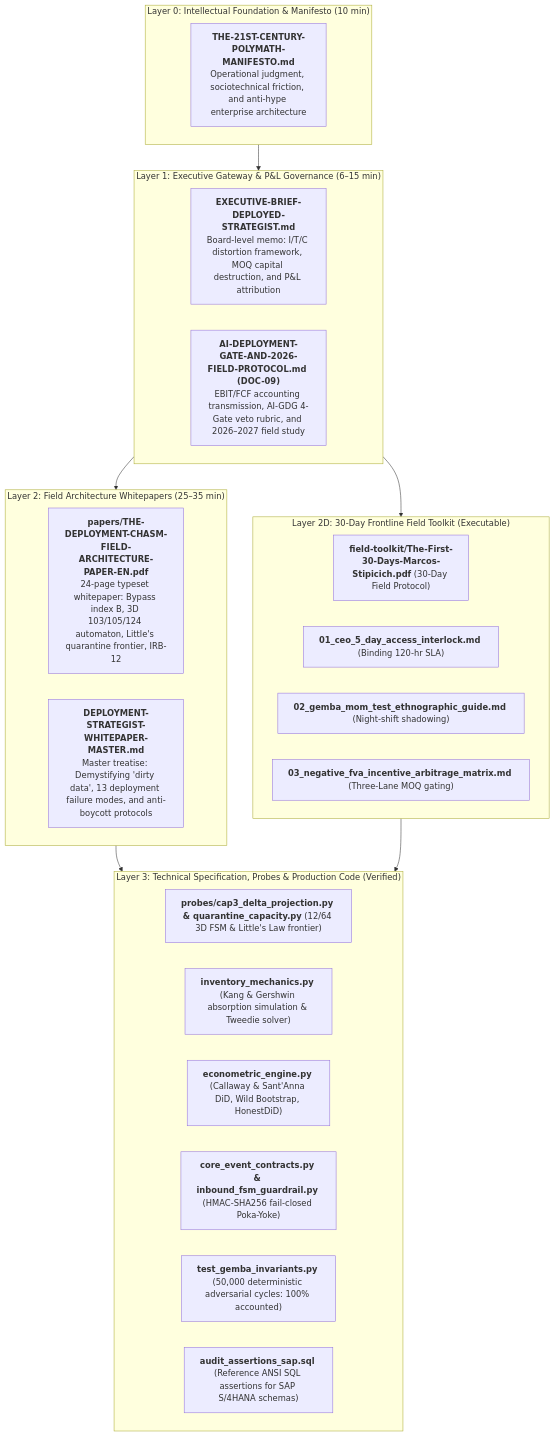
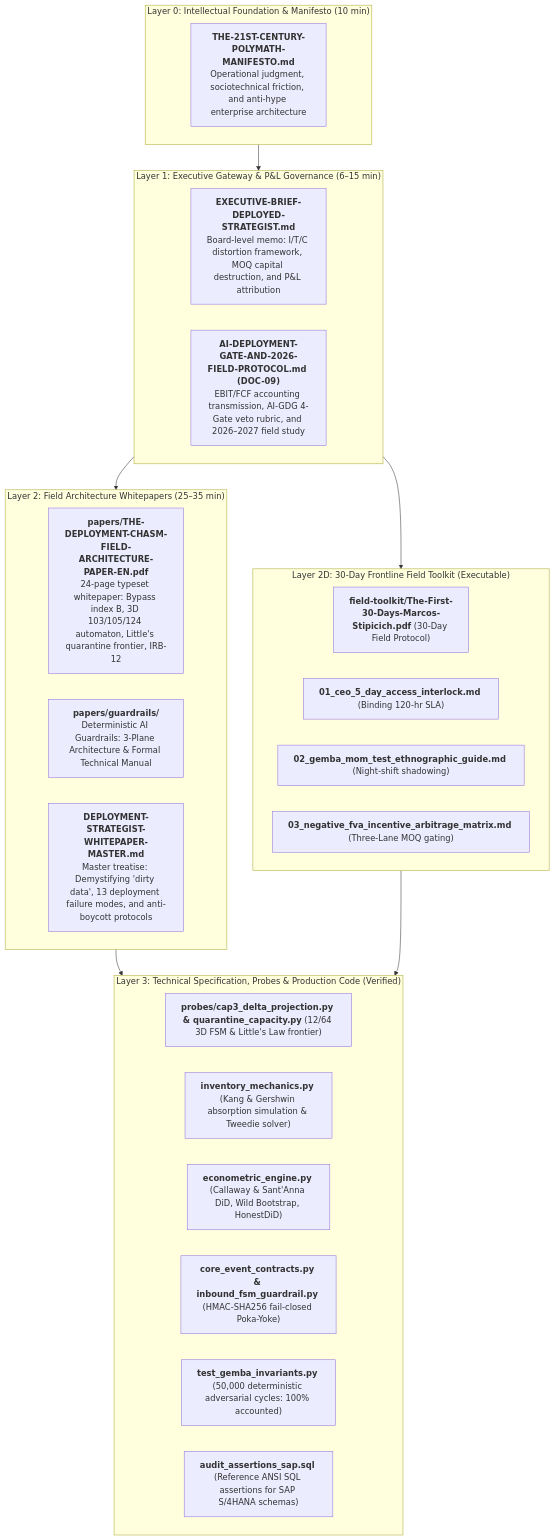
Before and after one commit to esstipi-debug/mellon: the first of 2 diagrams in README.md, drawn with Mermaid. The commit also changed other lines of this file and 3 other files, not shown here.

Commit message:
feat(guardrails): add canonical 2-part deterministic AI guardrails whitepaper and technical manual

````diff
--- a/README.md
+++ b/README.md
@@ -60,38 +60,39 @@
 ```mermaid
 flowchart TD
     subgraph Layer0["Layer 0: Intellectual Foundation & Manifesto (10 min)"]
         L0["<b>THE-21ST-CENTURY-POLYMATH-MANIFESTO.md</b><br/>Operational judgment, sociotechnical friction, and anti-hype enterprise architecture"]
     end
 
     subgraph Layer1["Layer 1: Executive Gateway & P&L Governance (6–15 min)"]
         L1["<b>EXECUTIVE-BRIEF-DEPLOYED-STRATEGIST.md</b><br/>Board-level memo: I/T/C distortion framework, MOQ capital destruction, and P&L attribution"]
         L1B["<b>AI-DEPLOYMENT-GATE-AND-2026-FIELD-PROTOCOL.md (DOC-09)</b><br/>EBIT/FCF accounting transmission, AI-GDG 4-Gate veto rubric, and 2026–2027 field study"]
     end
 
     subgraph Layer2A["Layer 2: Field Architecture Whitepapers (25–35 min)"]
         L2P["<b>papers/THE-DEPLOYMENT-CHASM-FIELD-ARCHITECTURE-PAPER-EN.pdf</b><br/>24-page typeset whitepaper: Bypass index B, 3D 103/105/124 automaton, Little's quarantine frontier, IRB-12"]
+        L2G["<b>papers/guardrails/</b><br/>Deterministic AI Guardrails: 3-Plane Architecture & Formal Technical Manual"]
         L2A["<b>DEPLOYMENT-STRATEGIST-WHITEPAPER-MASTER.md</b><br/>Master treatise: Demystifying 'dirty data', 13 deployment failure modes, and anti-boycott protocols"]
     end
 
     subgraph Layer2D["Layer 2D: 30-Day Frontline Field Toolkit (Executable)"]
         L2D0["<b>field-toolkit/The-First-30-Days-Marcos-Stipicich.pdf</b> (30-Day Field Protocol)"]
         L2D1["<b>01_ceo_5_day_access_interlock.md</b> (Binding 120-hr SLA)"]
         L2D2["<b>02_gemba_mom_test_ethnographic_guide.md</b> (Night-shift shadowing)"]
         L2D3["<b>03_negative_fva_incentive_arbitrage_matrix.md</b> (Three-Lane MOQ gating)"]
     end
 
     subgraph Layer3["Layer 3: Technical Specification, Probes & Production Code (Verified)"]
         C0["<b>probes/cap3_delta_projection.py & quarantine_capacity.py</b> (12/64 3D FSM & Little's Law frontier)"]
         C1["<b>inventory_mechanics.py</b> (Kang & Gershwin absorption simulation & Tweedie solver)"]
         C2["<b>econometric_engine.py</b> (Callaway & Sant'Anna DiD, Wild Bootstrap, HonestDiD)"]
         C3["<b>core_event_contracts.py & inbound_fsm_guardrail.py</b> (HMAC-SHA256 fail-closed Poka-Yoke)"]
         C5["<b>test_gemba_invariants.py</b> (50,000 deterministic adversarial cycles: 100% accounted)"]
         C6["<b>audit_assertions_sap.sql</b> (Reference ANSI SQL assertions for SAP S/4HANA schemas)"]
     end
 
     Layer0 --> Layer1
     Layer1 --> Layer2A
     Layer1 --> Layer2D
     Layer2A --> Layer3
     Layer2D --> Layer3
 ```
````
